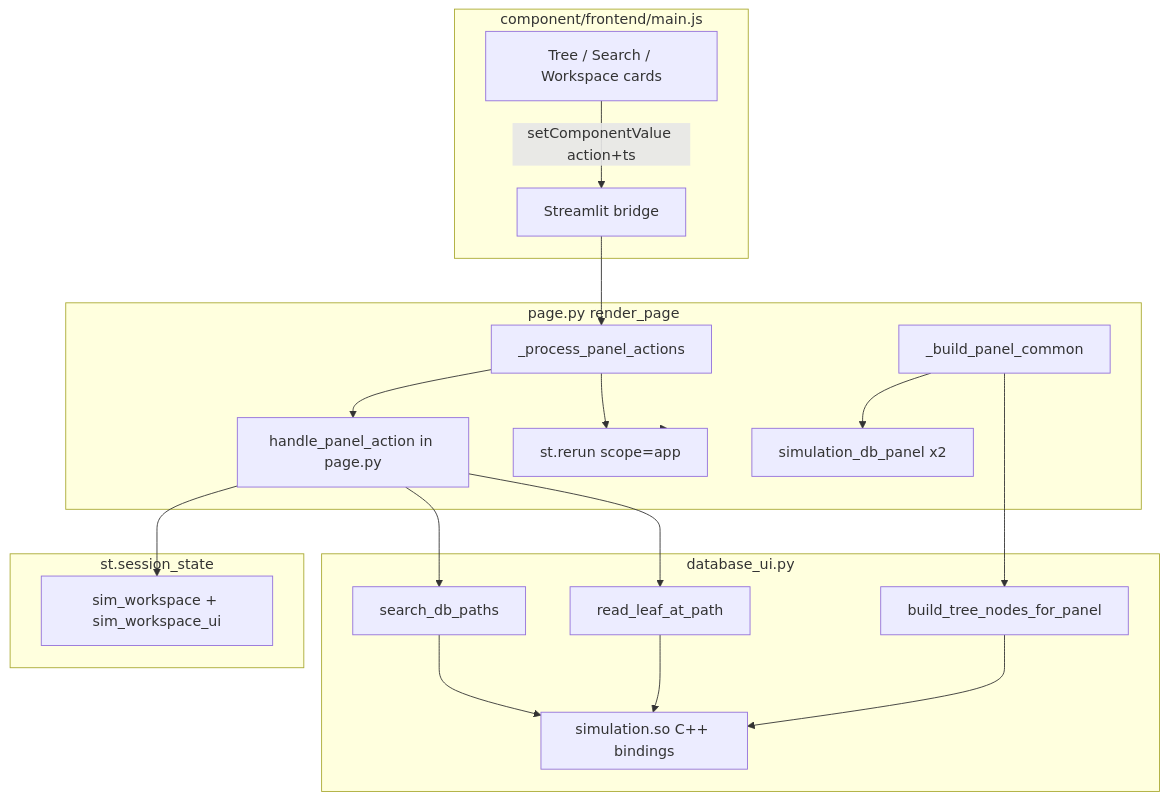
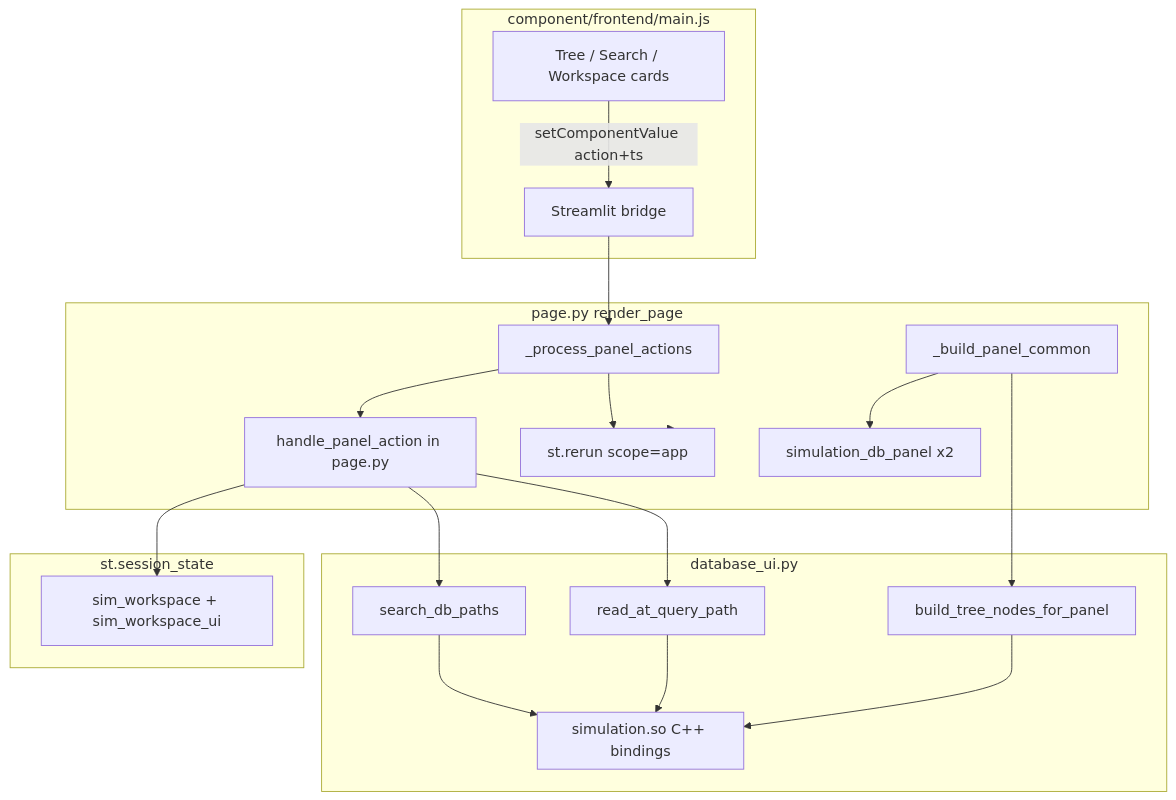
Before and after one commit to likooooo/simulation_toykits: the diagram in simulation_database/README.md, drawn with Mermaid. The commit also changed other lines of this file and 67 other files, not shown here.

````diff
--- a/simulation_database/README.md
+++ b/simulation_database/README.md
@@ -22,34 +22,34 @@
 ```mermaid
 flowchart TB
   subgraph Frontend["component/frontend/main.js"]
     UI[Tree / Search / Workspace cards]
     UI -->|setComponentValue action+ts| SC[Streamlit bridge]
   end
 
   subgraph Page["page.py render_page"]
     SC --> PA[_process_panel_actions]
     PA --> PH[handle_panel_action in page.py]
     PA --> RERUN[st.rerun scope=app]
     BUILD[_build_panel_common] --> PANEL[simulation_db_panel x2]
   end
 
   subgraph Core["database_ui.py"]
     PH --> SEARCH[search_db_paths]
-    PH --> READ[read_leaf_at_path]
+    PH --> READ[read_at_query_path]
     BUILD --> TREE[build_tree_nodes_for_panel]
     SEARCH --> CPP
     READ --> CPP
     TREE --> CPP
   end
 
   subgraph CPP["simulation.so C++ bindings"]
-    CPP[oghma_database query/read/dump]
+    CPP[simulation_database query/read/dump]
   end
 
   subgraph State["st.session_state"]
     WS[sim_workspace + sim_workspace_ui]
   end
 
   PH --> WS
   RERUN --> Page
 ```
````
